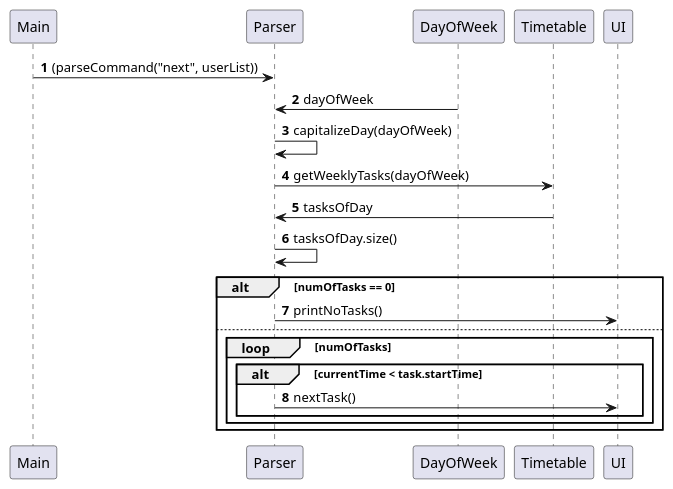
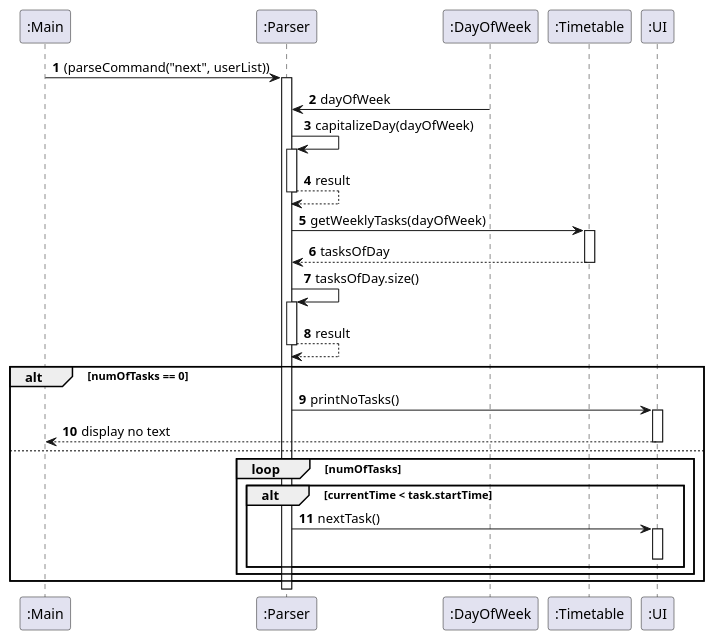
Before and after one commit to ZhuSijia0711/tp: the diagram in docs/NextCommand.puml, drawn with PlantUML. The commit also changed 9 other files, not shown here.

Commit message:
Fixing DG diagrams

```diff
--- a/docs/NextCommand.puml
+++ b/docs/NextCommand.puml
@@ -1,21 +1,43 @@
 @startuml
 autonumber
 
+participant ":Main" as Main
+participant ":Parser" as Parser
+participant ":DayOfWeek" as DayOfWeek
+participant ":Timetable" as Timetable
+participant ":UI" as UI
+
+
 Main -> Parser: (parseCommand("next", userList))
+activate Parser
 DayOfWeek -> Parser: dayOfWeek
 Parser -> Parser: capitalizeDay(dayOfWeek)
+activate Parser
+Parser --> Parser: result
+deactivate Parser
 
 Parser -> Timetable: getWeeklyTasks(dayOfWeek)
-Timetable -> Parser: tasksOfDay
+activate Timetable
+Timetable --> Parser: tasksOfDay
+deactivate Timetable
 Parser -> Parser: tasksOfDay.size()
+activate Parser
+Parser --> Parser: result
+deactivate Parser
 
 alt numOfTasks == 0
     Parser -> UI: printNoTasks()
+    activate UI
+    UI --> Main: display no text
+    deactivate UI
 else
     loop numOfTasks
         alt currentTime < task.startTime
             Parser -> UI: nextTask()
+            activate UI
+
+            deactivate UI
         end
     end
 end
 @enduml
```
